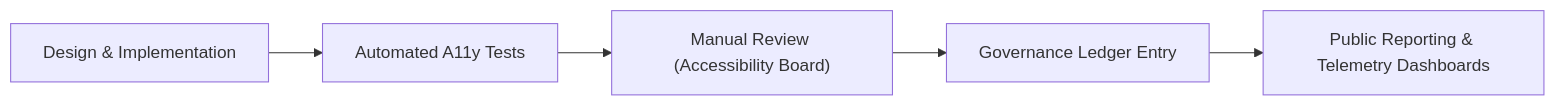
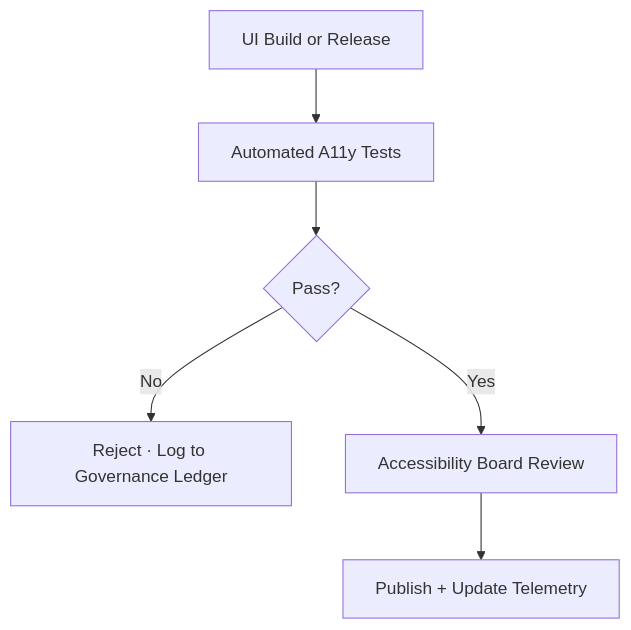
Before and after one commit to bartytime4life/Kansas-Frontier-Matrix: the diagram in docs/standards/ui_accessibility.md, drawn with Mermaid. The commit also changed other lines of this file, not shown here.

````diff
--- a/docs/standards/ui_accessibility.md
+++ b/docs/standards/ui_accessibility.md
@@ -311,7 +324,8 @@
 ```mermaid
-flowchart LR
-  A["Design & Implementation"] --> B["Automated A11y Tests"]
-  B --> C["Manual Review (Accessibility Board)"]
-  C --> D["Governance Ledger Entry"]
-  D --> E["Public Reporting & Telemetry Dashboards"]
+flowchart TD
+A["UI Build or Release"] --> B["Automated A11y Tests"]
+B --> C{"Pass?"}
+C -->|No| D["Reject · Log to Governance Ledger"]
+C -->|Yes| E["Accessibility Board Review"]
+E --> F["Publish + Update Telemetry"]
 ```
````
